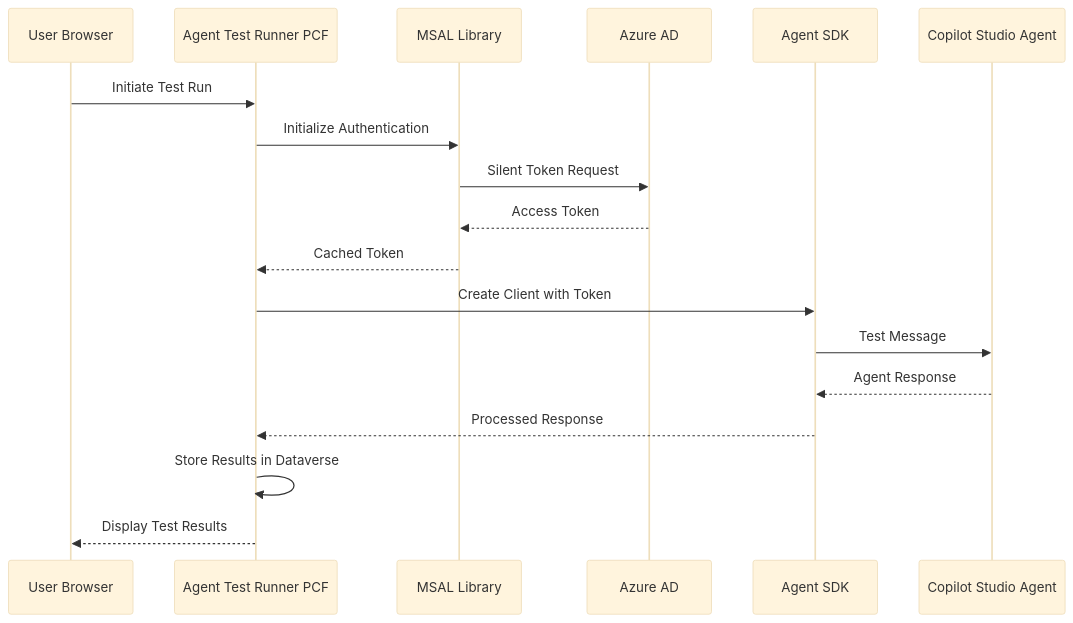
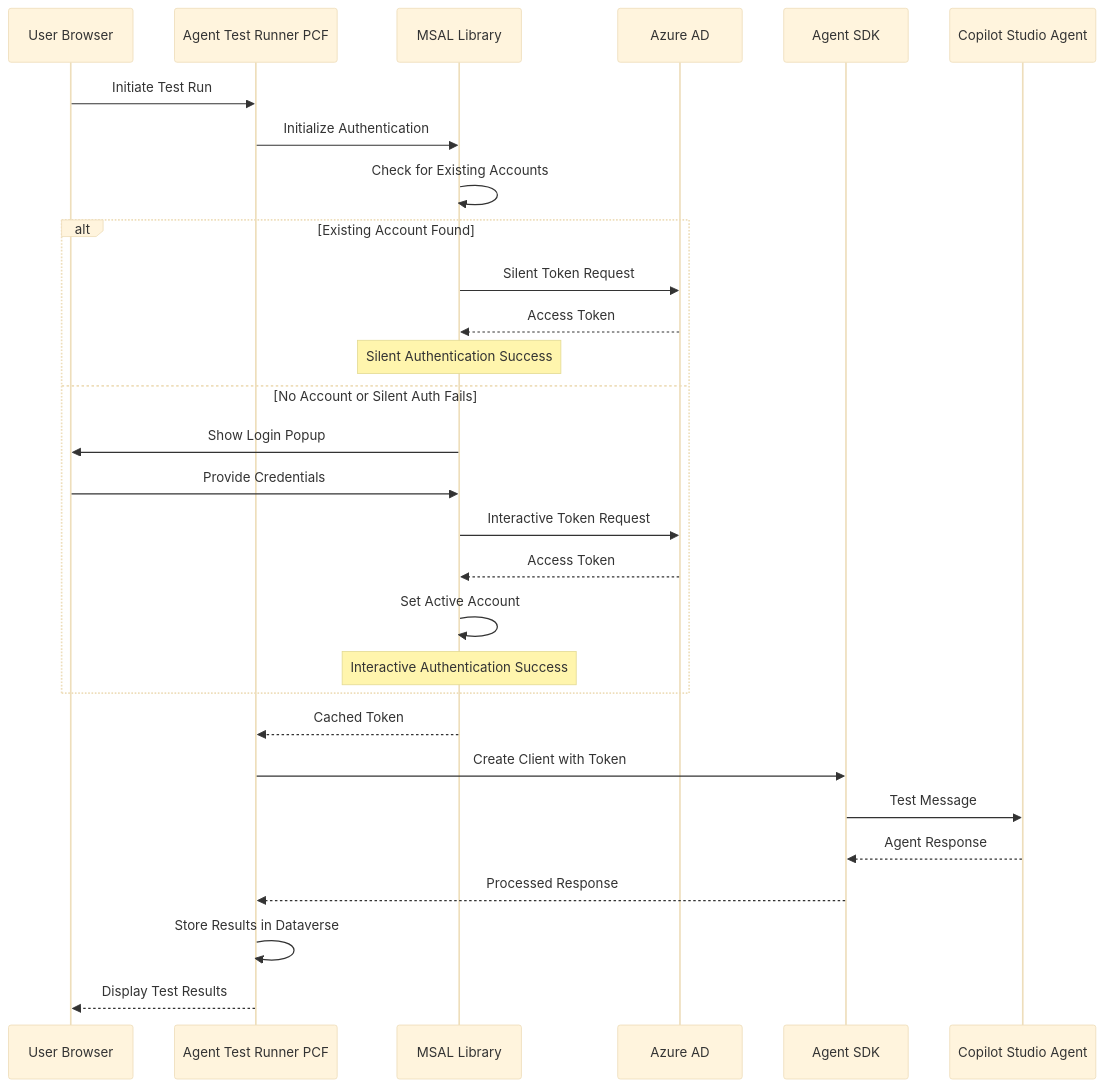
One commit to Ramakrishnan24689/Power-CAT-Copilot-Studio-Kit changed the first of 2 diagrams in POWERCAT/POWERCAT/POWERCAT.PCFControls/AgentTestRunner/Documentation/TokenFlowArchitecture.md. Above: the diagram before and after it, drawn with Mermaid (base theme). The commit also changed other lines of this file, not shown here.

Commit message:
Update Agent Test Runner documentation: Enhanced authentication flow diagrams and troubleshooting

````diff
--- a/POWERCAT/POWERCAT/POWERCAT.PCFControls/AgentTestRunner/Documentation/TokenFlowArchitecture.md
+++ b/POWERCAT/POWERCAT/POWERCAT.PCFControls/AgentTestRunner/Documentation/TokenFlowArchitecture.md
@@ -16,22 +16,34 @@
 ```mermaid
 sequenceDiagram
     participant User as User Browser
     participant PCF as Agent Test Runner PCF
     participant MSAL as MSAL Library
     participant AAD as Azure AD
     participant SDK as Agent SDK
     participant Agent as Copilot Studio Agent
 
     User->>PCF: Initiate Test Run
     PCF->>MSAL: Initialize Authentication
-    MSAL->>AAD: Silent Token Request
-    AAD-->>MSAL: Access Token
+    MSAL->>MSAL: Check for Existing Accounts
+
+    alt Existing Account Found
+        MSAL->>AAD: Silent Token Request
+        AAD-->>MSAL: Access Token
+        Note over MSAL: Silent Authentication Success
+    else No Account or Silent Auth Fails
+        MSAL->>User: Show Login Popup
+        User->>MSAL: Provide Credentials
+        MSAL->>AAD: Interactive Token Request
+        AAD-->>MSAL: Access Token
+        MSAL->>MSAL: Set Active Account
+        Note over MSAL: Interactive Authentication Success
+    end
+
     MSAL-->>PCF: Cached Token
-
     PCF->>SDK: Create Client with Token
     SDK->>Agent: Test Message
     Agent-->>SDK: Agent Response
     SDK-->>PCF: Processed Response
     PCF->>PCF: Store Results in Dataverse
     PCF-->>User: Display Test Results
 ```
````
